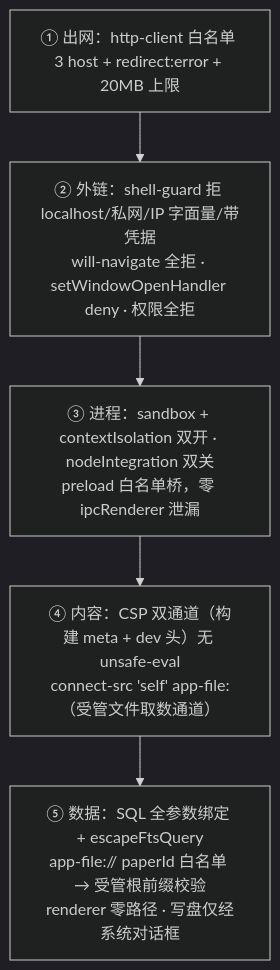
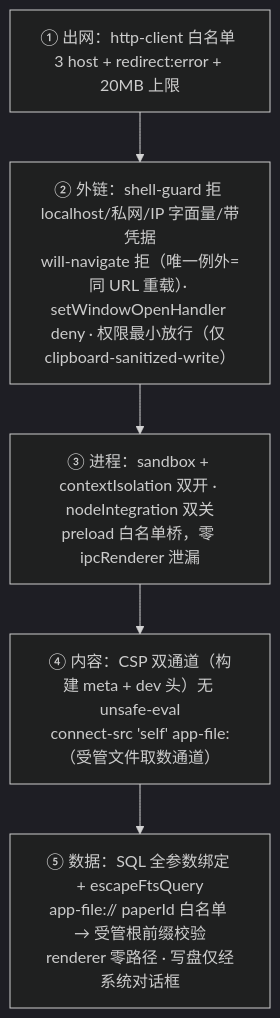
One commit to yyx20040712/Synapse changed the sixth of 6 diagrams in docs/architecture.md. Above: the diagram before and after it, drawn with Mermaid (dark theme). The commit also changed other lines of this file and 8 other files, not shown here.

````diff
--- a/docs/architecture.md
+++ b/docs/architecture.md
@@ -339,9 +341,9 @@
 ```mermaid
 flowchart TB
   L1["① 出网：http-client 白名单 3 host + redirect:error + 20MB 上限"]
-  L2["② 外链：shell-guard 拒 localhost/私网/IP 字面量/带凭据<br/>will-navigate 全拒 · setWindowOpenHandler deny · 权限全拒"]
+  L2["② 外链：shell-guard 拒 localhost/私网/IP 字面量/带凭据<br/>will-navigate 拒（唯一例外=同 URL 重载）· setWindowOpenHandler deny · 权限最小放行（仅 clipboard-sanitized-write）"]
   L3["③ 进程：sandbox + contextIsolation 双开 · nodeIntegration 双关<br/>preload 白名单桥，零 ipcRenderer 泄漏"]
   L4["④ 内容：CSP 双通道（构建 meta + dev 头）无 unsafe-eval<br/>connect-src 'self' app-file:（受管文件取数通道）"]
   L5["⑤ 数据：SQL 全参数绑定 + escapeFtsQuery<br/>app-file:// paperId 白名单 → 受管根前缀校验<br/>renderer 零路径 · 写盘仅经系统对话框"]
   L1 --> L2 --> L3 --> L4 --> L5
 ```
````
